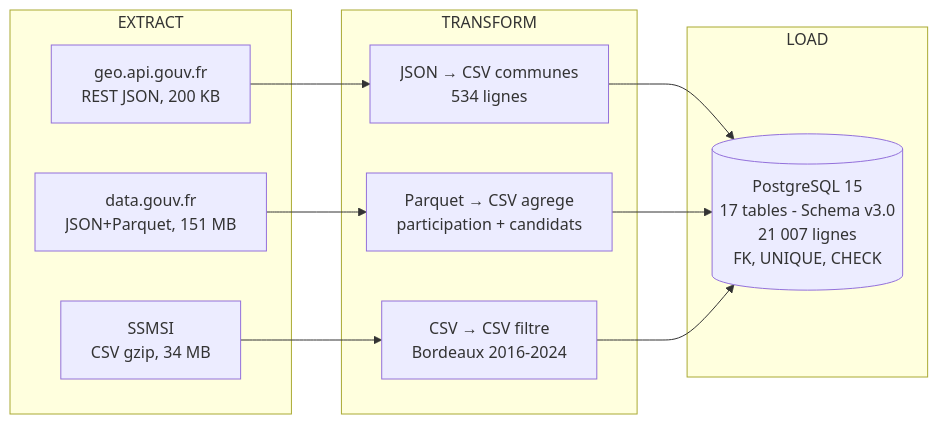
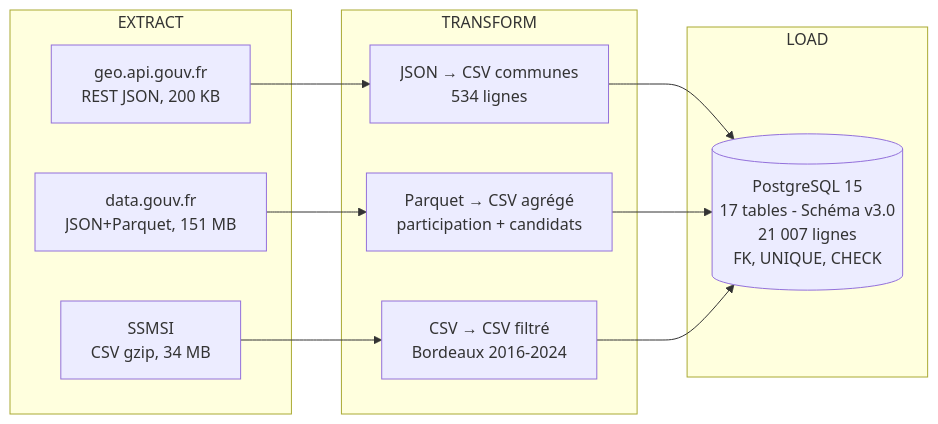
Before and after one commit to Sam-rst/EPSI_M1_MSPR-Groupe_RYMS: the diagram in docs/06-dossier-projet/B1-Pipeline-ETL.md, drawn with Mermaid. The commit also changed other lines of this file and 8 other files, not shown here.

````diff
--- a/docs/06-dossier-projet/B1-Pipeline-ETL.md
+++ b/docs/06-dossier-projet/B1-Pipeline-ETL.md
@@ -9,22 +9,22 @@
 ```mermaid
 flowchart LR
     subgraph EXTRACT
         G["geo.api.gouv.fr\nREST JSON, 200 KB"]
         D["data.gouv.fr\nJSON+Parquet, 151 MB"]
         S["SSMSI\nCSV gzip, 34 MB"]
     end
 
     subgraph TRANSFORM
         TG["JSON → CSV communes\n534 lignes"]
-        TD["Parquet → CSV agrege\nparticipation + candidats"]
-        TS["CSV → CSV filtre\nBordeaux 2016-2024"]
+        TD["Parquet → CSV agrégé\nparticipation + candidats"]
+        TS["CSV → CSV filtré\nBordeaux 2016-2024"]
     end
 
     subgraph LOAD
-        PG[("PostgreSQL 15\n17 tables - Schema v3.0\n21 007 lignes\nFK, UNIQUE, CHECK")]
+        PG[("PostgreSQL 15\n17 tables - Schéma v3.0\n21 007 lignes\nFK, UNIQUE, CHECK")]
     end
 
     G --> TG --> PG
     D --> TD --> PG
     S --> TS --> PG
 ```
````
